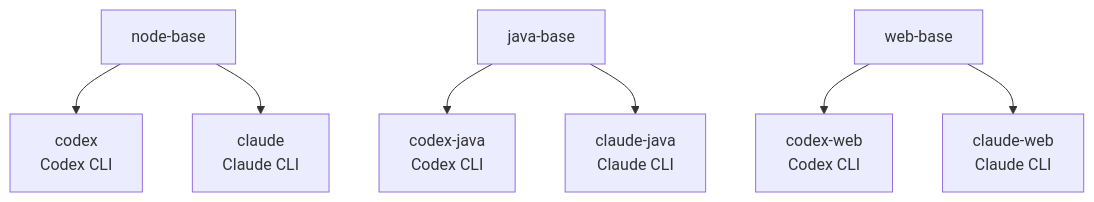
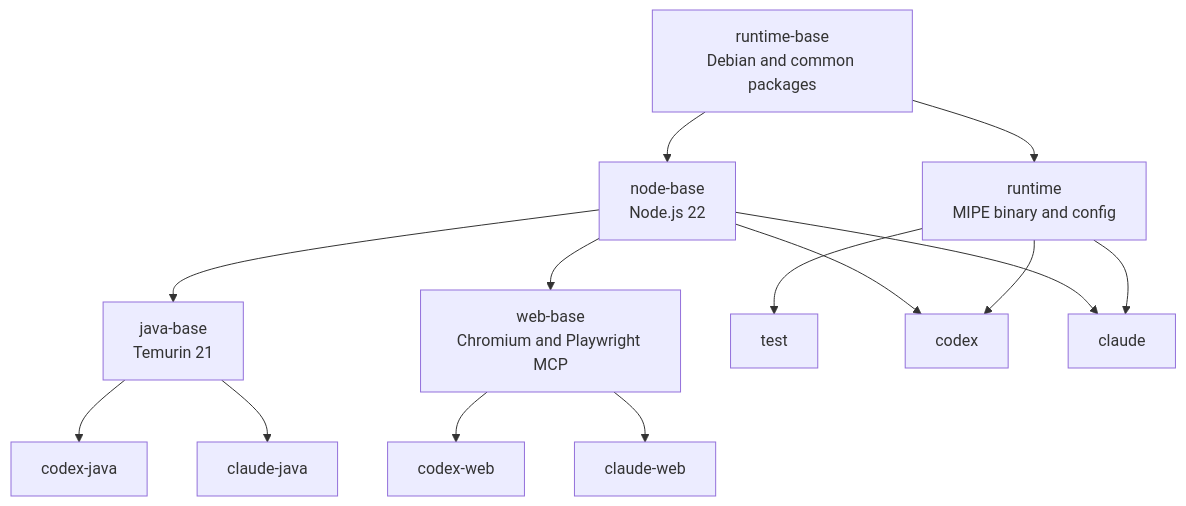
One commit to meowpow-png/mipe changed the first of 4 diagrams in runtime/docs/DEPLOYMENT.md. Above: the diagram before and after it, drawn with Mermaid. The commit also changed other lines of this file and 2 other files, not shown here.

````diff
--- a/runtime/docs/DEPLOYMENT.md
+++ b/runtime/docs/DEPLOYMENT.md
@@ -54,19 +40,33 @@
 ```mermaid
 flowchart TD
-    node["node-base"]
-    java["java-base"]
-    web["web-base"]
-    codex["codex<br/>Codex CLI"]
-    claude["claude<br/>Claude CLI"]
-    codexJava["codex-java<br/>Codex CLI"]
-    claudeJava["claude-java<br/>Claude CLI"]
-    codexWeb["codex-web<br/>Codex CLI"]
-    claudeWeb["claude-web<br/>Claude CLI"]
+    runtimeBase["runtime-base<br/>Debian and common packages"]
+    runtime["runtime<br/>MIPE binary and config"]
+    node["node-base<br/>Node.js 22"]
+    java["java-base<br/>Temurin 21"]
+    web["web-base<br/>Chromium and Playwright MCP"]
+    test["test"]
+    codex["codex"]
+    claude["claude"]
+    codexJava["codex-java"]
+    claudeJava["claude-java"]
+    codexWeb["codex-web"]
+    claudeWeb["claude-web"]
 
+    runtimeBase --> runtime
+    runtimeBase --> node
+    runtime --> test
+
+    node --> java
+    node --> web
+
+    runtime --> codex
     node --> codex
+    runtime --> claude
     node --> claude
+
     java --> codexJava
     java --> claudeJava
+
     web --> codexWeb
     web --> claudeWeb
 ```
````
